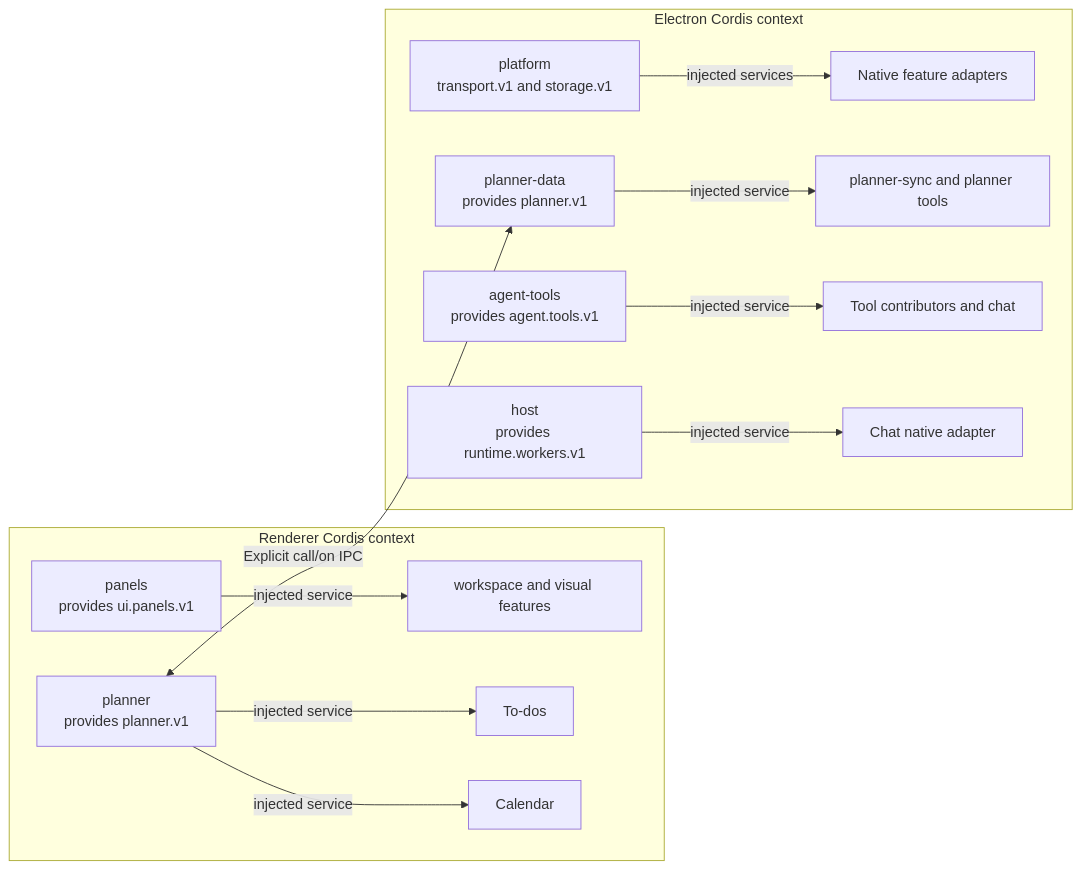
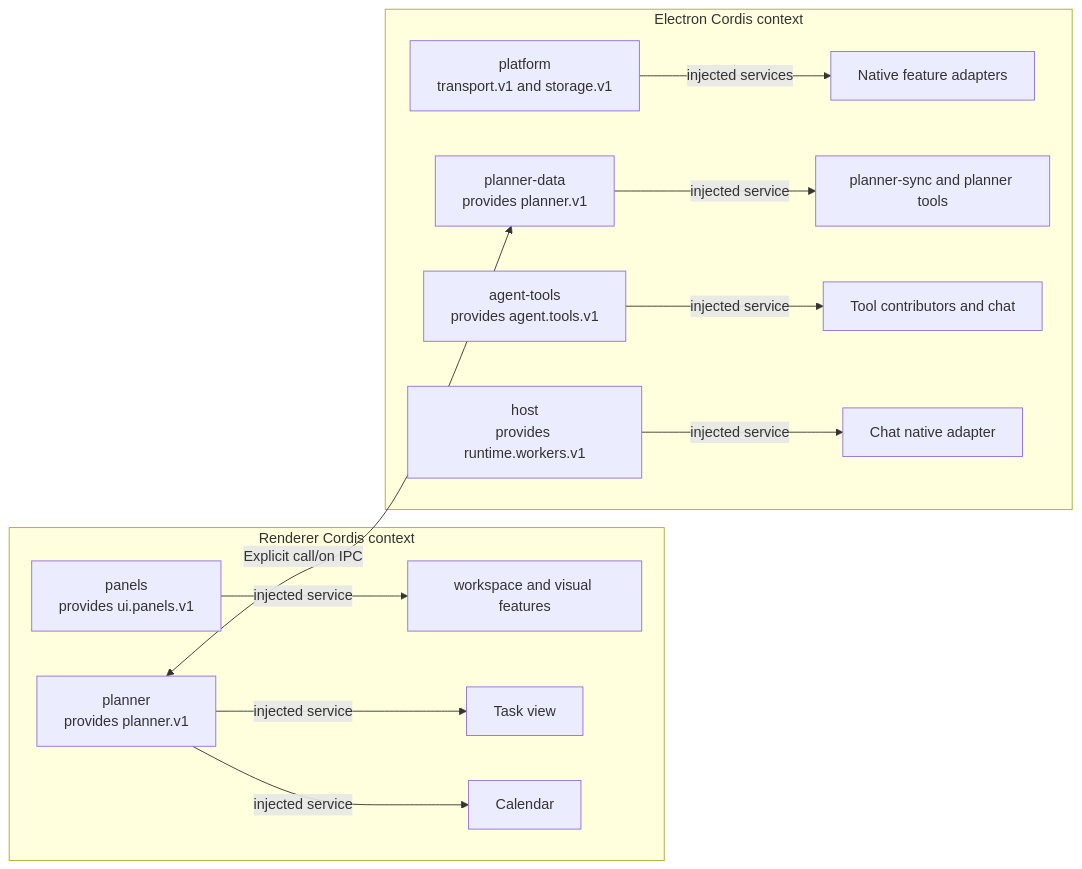
One commit to concl/sisyphus changed the third of 4 diagrams in ARCHITECTURE.md. Above: the diagram before and after it, drawn with Mermaid. The commit also changed other lines of this file and 51 other files, not shown here.

````diff
--- a/ARCHITECTURE.md
+++ b/ARCHITECTURE.md
@@ -202,15 +202,15 @@
 ```mermaid
 flowchart LR
     subgraph RendererContext["Renderer Cordis context"]
         Panels["panels<br/>provides ui.panels.v1"] -->|injected service| Views["workspace and visual features"]
-        PlannerUI["planner<br/>provides planner.v1"] -->|injected service| Todo["To-dos"]
+        PlannerUI["planner<br/>provides planner.v1"] -->|injected service| Todo["Task view"]
         PlannerUI -->|injected service| Calendar["Calendar"]
     end
     subgraph NativeContext["Electron Cordis context"]
         Platform["platform<br/>transport.v1 and storage.v1"] -->|injected services| Adapters["Native feature adapters"]
         Data["planner-data<br/>provides planner.v1"] -->|injected service| Sync["planner-sync and planner tools"]
         Tools["agent-tools<br/>provides agent.tools.v1"] -->|injected service| ToolClients["Tool contributors and chat"]
         Workers["host<br/>provides runtime.workers.v1"] -->|injected service| Chat["Chat native adapter"]
     end
     PlannerUI <-->|"Explicit call/on IPC"| Data
 ```
````
